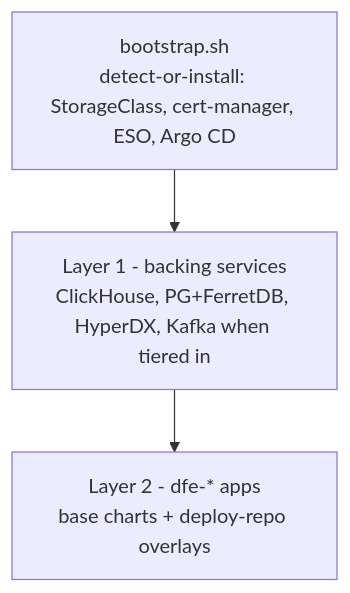
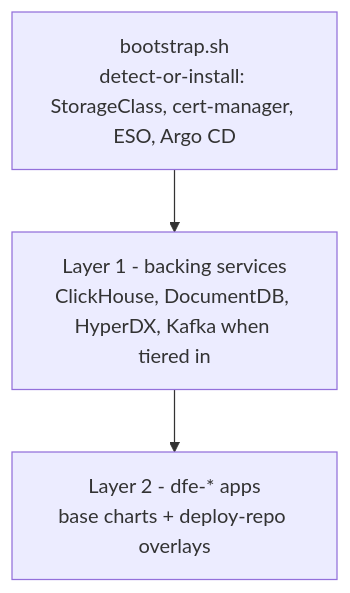
Before and after one commit to hyperi-io/dfe-infra: the diagram in docs/deployment/index.md, drawn with Mermaid. The commit also changed 91 other files, not shown here.

First line of the commit message:
fix: replace FerretDB with the DocumentDB operator (#831)

````diff
--- a/docs/deployment/index.md
+++ b/docs/deployment/index.md
@@ -10,5 +10,5 @@
 ```mermaid
 flowchart TB
-    B[bootstrap.sh<br/>detect-or-install: StorageClass, cert-manager, ESO, Argo CD] --> L1[Layer 1 - backing services<br/>ClickHouse, PG+FerretDB, HyperDX, Kafka when tiered in]
+    B[bootstrap.sh<br/>detect-or-install: StorageClass, cert-manager, ESO, Argo CD] --> L1[Layer 1 - backing services<br/>ClickHouse, DocumentDB, HyperDX, Kafka when tiered in]
     L1 --> L2[Layer 2 - dfe-* apps<br/>base charts + deploy-repo overlays]
 ```
````
